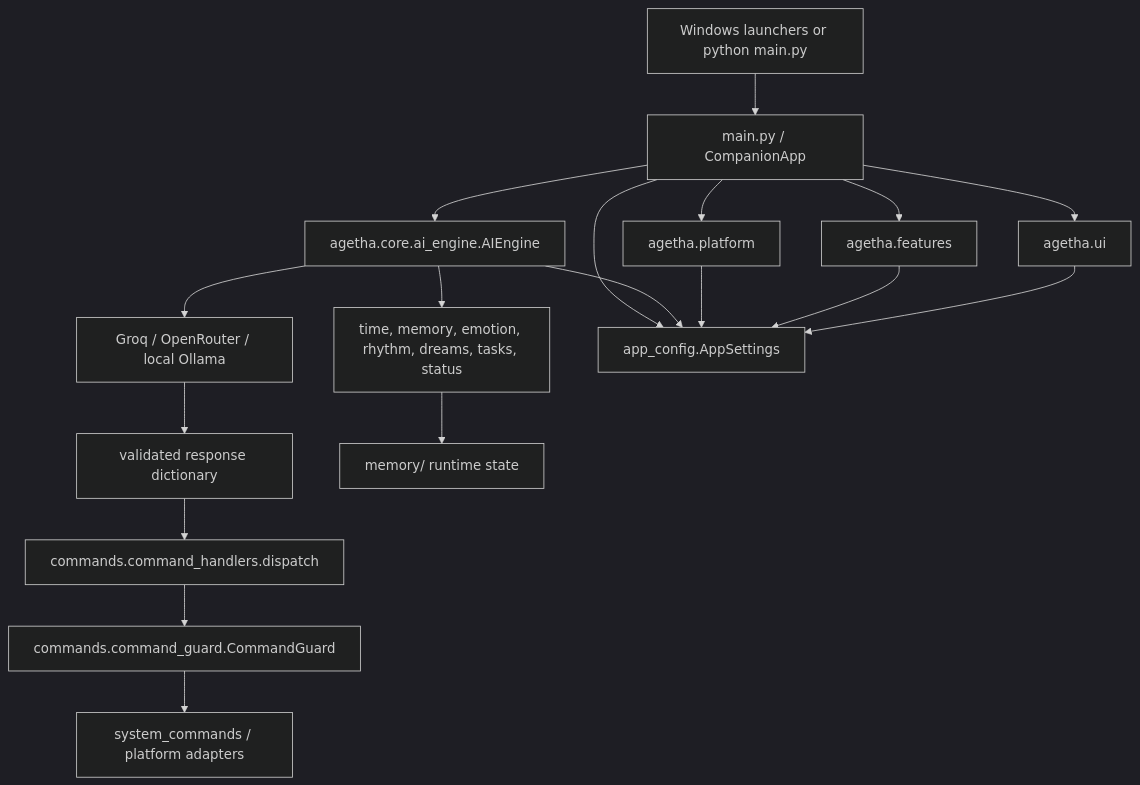
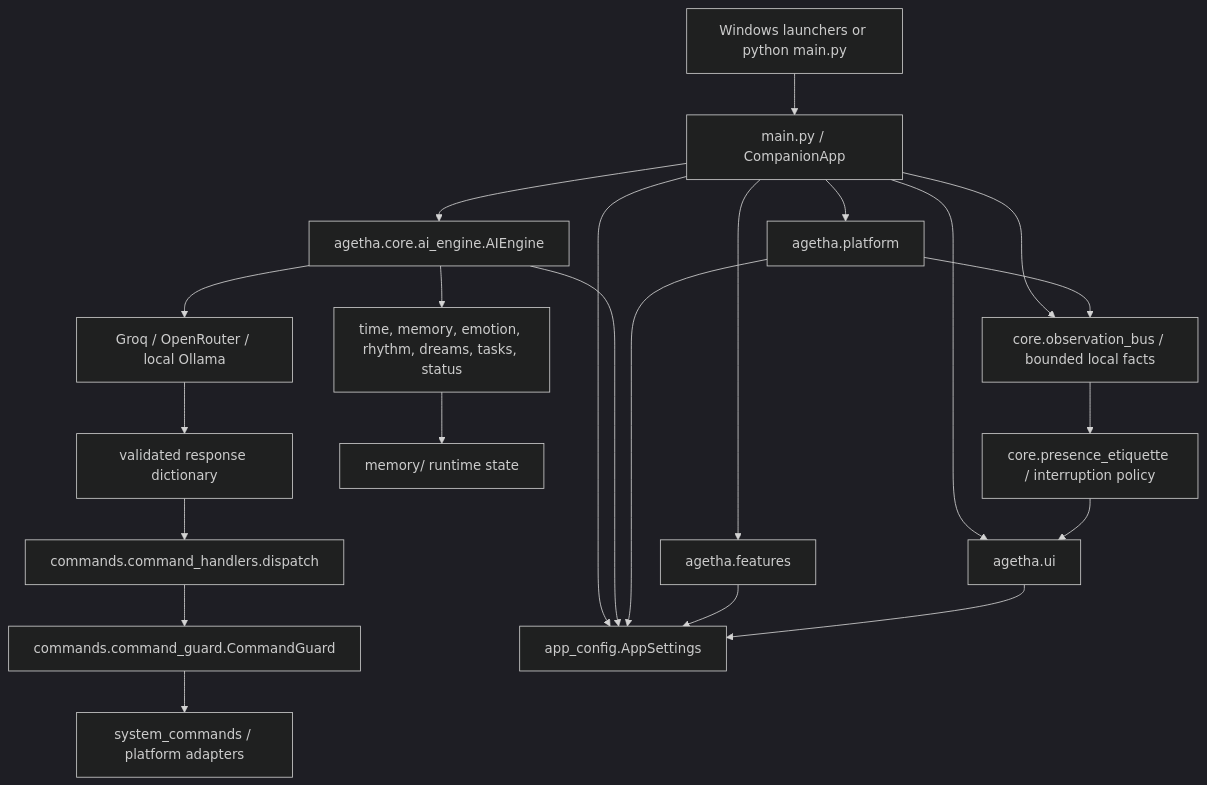
Before and after one commit to SiriusNovyx/Agetha.exe: the diagram in docs/architecture.md, drawn with Mermaid (dark theme). The commit also changed other lines of this file and 7 other files, not shown here.

````diff
--- a/docs/architecture.md
+++ b/docs/architecture.md
@@ -9,20 +9,24 @@
 ```mermaid
 flowchart TD
     Launch["Windows launchers or python main.py"] --> Main["main.py / CompanionApp"]
     Main --> UI["agetha.ui"]
     Main --> Engine["agetha.core.ai_engine.AIEngine"]
     Main --> Platform["agetha.platform"]
     Main --> Features["agetha.features"]
     Engine --> Prompt["time, memory, emotion, rhythm, dreams, tasks, status"]
     Engine --> Provider["Groq / OpenRouter / local Ollama"]
     Provider --> Parse["validated response dictionary"]
     Parse --> Dispatch["commands.command_handlers.dispatch"]
     Dispatch --> Guard["commands.command_guard.CommandGuard"]
     Guard --> OS["system_commands / platform adapters"]
     Prompt --> State["memory/ runtime state"]
     Main --> Config["app_config.AppSettings"]
     Engine --> Config
     Platform --> Config
     Features --> Config
     UI --> Config
+    Main --> Bus["core.observation_bus / bounded local facts"]
+    Bus --> Presence["core.presence_etiquette / interruption policy"]
+    Platform --> Bus
+    Presence --> UI
 ```
````
